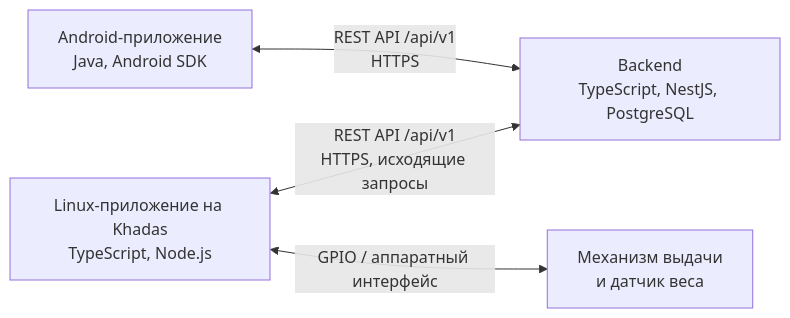
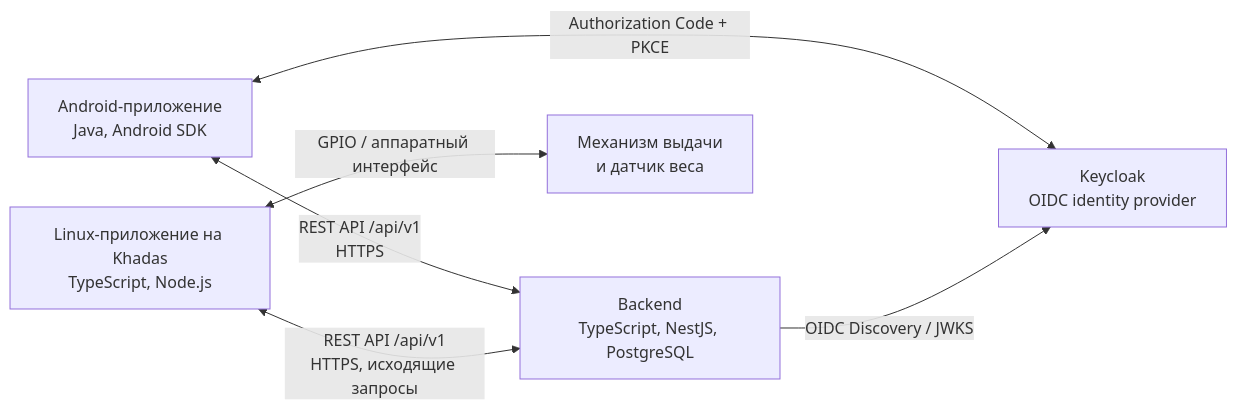
Before and after one commit to evgesha0-0/programming-of-mobile-devices: the first of 3 diagrams in docs/architecture.md, drawn with Mermaid. The commit also changed other lines of this file and 4 other files, not shown here.

````diff
--- a/docs/architecture.md
+++ b/docs/architecture.md
@@ -9,11 +9,14 @@
 ```mermaid
 flowchart LR
     A[Android-приложение<br/>Java, Android SDK]
     B[Backend<br/>TypeScript, NestJS, PostgreSQL]
+    I[Keycloak<br/>OIDC identity provider]
     K[Linux-приложение на Khadas<br/>TypeScript, Node.js]
     H[Механизм выдачи<br/>и датчик веса]
 
     A <-->|REST API /api/v1<br/>HTTPS| B
+    A <-->|Authorization Code + PKCE| I
+    B -->|OIDC Discovery / JWKS| I
     K <-->|REST API /api/v1<br/>HTTPS, исходящие запросы| B
     K <-->|GPIO / аппаратный интерфейс| H
 ```
````
